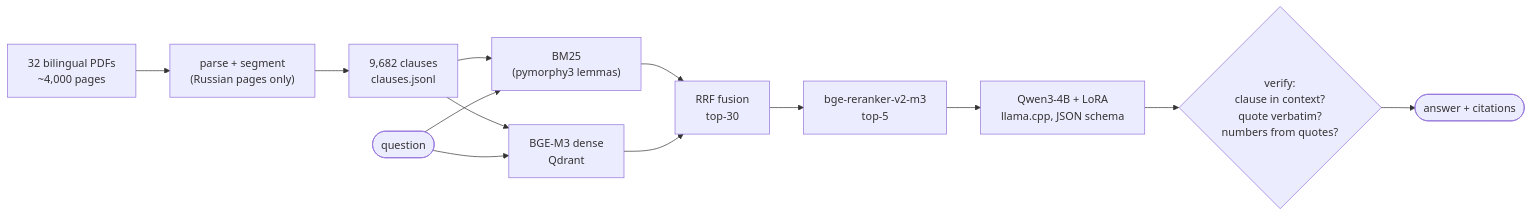
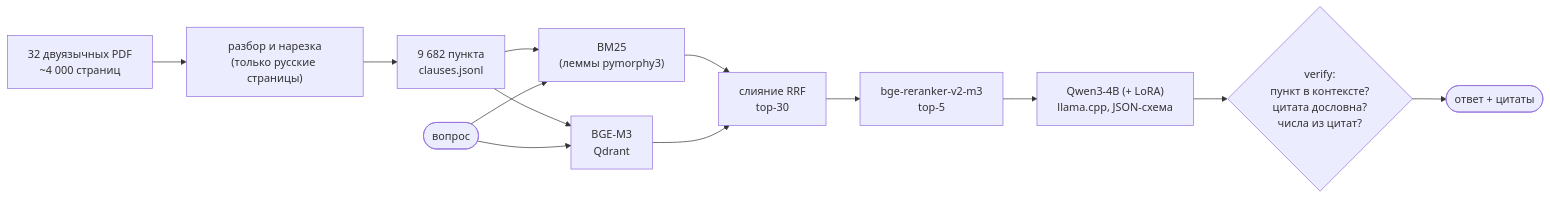
Before and after one commit to BektassovAlisher/kz-norms-llm: the first of 2 diagrams in README.md, drawn with Mermaid. The commit also changed other lines of this file and 3 other files, not shown here.

````diff
--- a/README.md
+++ b/README.md
@@ -75,13 +82,13 @@
 ```mermaid
 flowchart LR
-    PDF["32 bilingual PDFs<br/>~4,000 pages"] --> P["parse + segment<br/>(Russian pages only)"]
-    P --> C["9,682 clauses<br/>clauses.jsonl"]
-    C --> BM["BM25<br/>(pymorphy3 lemmas)"]
-    C --> D["BGE-M3 dense<br/>Qdrant"]
-    Q(["question"]) --> BM & D
-    BM & D --> RRF["RRF fusion<br/>top-30"]
+    PDF["32 двуязычных PDF<br/>~4 000 страниц"] --> P["разбор и нарезка<br/>(только русские страницы)"]
+    P --> C["9 682 пункта<br/>clauses.jsonl"]
+    C --> BM["BM25<br/>(леммы pymorphy3)"]
+    C --> D["BGE-M3<br/>Qdrant"]
+    Q(["вопрос"]) --> BM & D
+    BM & D --> RRF["слияние RRF<br/>top-30"]
     RRF --> R["bge-reranker-v2-m3<br/>top-5"]
-    R --> LLM["Qwen3-4B + LoRA<br/>llama.cpp, JSON schema"]
-    LLM --> V{"verify:<br/>clause in context?<br/>quote verbatim?<br/>numbers from quotes?"}
-    V --> A(["answer + citations"])
+    R --> LLM["Qwen3-4B (+ LoRA)<br/>llama.cpp, JSON-схема"]
+    LLM --> V{"verify:<br/>пункт в контексте?<br/>цитата дословна?<br/>числа из цитат?"}
+    V --> A(["ответ + цитаты"])
 ```
````
